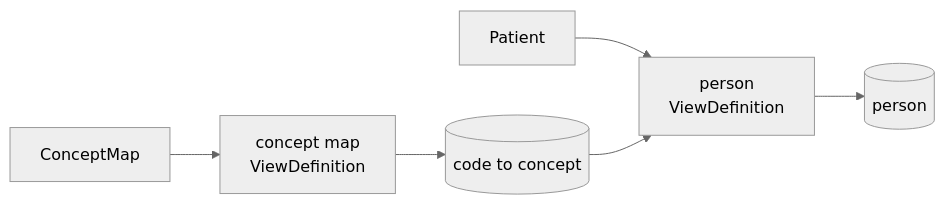
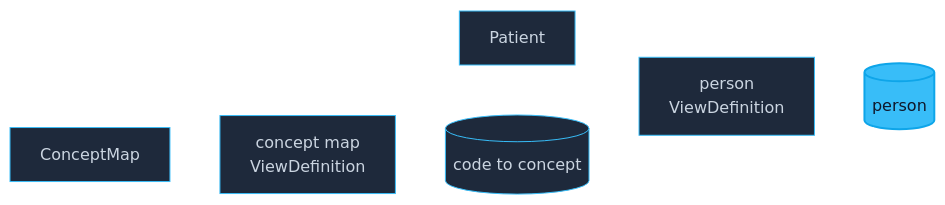
The diagram in web/website/docs/examples/omop-step-by-step.mdx (fhir4ds/fhir4ds), drawn with Mermaid (neutral theme) before and after one commit. The commit also changed other lines of this file and 3 other files, not shown here.

First line of the commit message:
docs(examples): OMOP diagram styling, notebook entry, retire the OMOP Demo page

````diff
--- a/web/website/docs/examples/omop-step-by-step.mdx
+++ b/web/website/docs/examples/omop-step-by-step.mdx
@@ -20,7 +20,15 @@
 ```mermaid
 flowchart LR
     Patient[Patient] --> VD[person<br/>ViewDefinition]
     ConceptMap[ConceptMap] --> MapVD[concept map<br/>ViewDefinition] --> Map[(code to concept)]
     Map --> VD
     VD --> Person[(person)]
+
+    classDef default fill:#1e293b,stroke:#38bdf8,color:#cbd5e1,stroke-width:1px
+    classDef highlight fill:#38bdf8,stroke:#0ea5e9,color:#0f172a,stroke-width:2px
+
+    class Patient,ConceptMap,VD,MapVD,Map default
+    class Person highlight
+
+    linkStyle default stroke:#fff,stroke-width:1px
 ```
````
